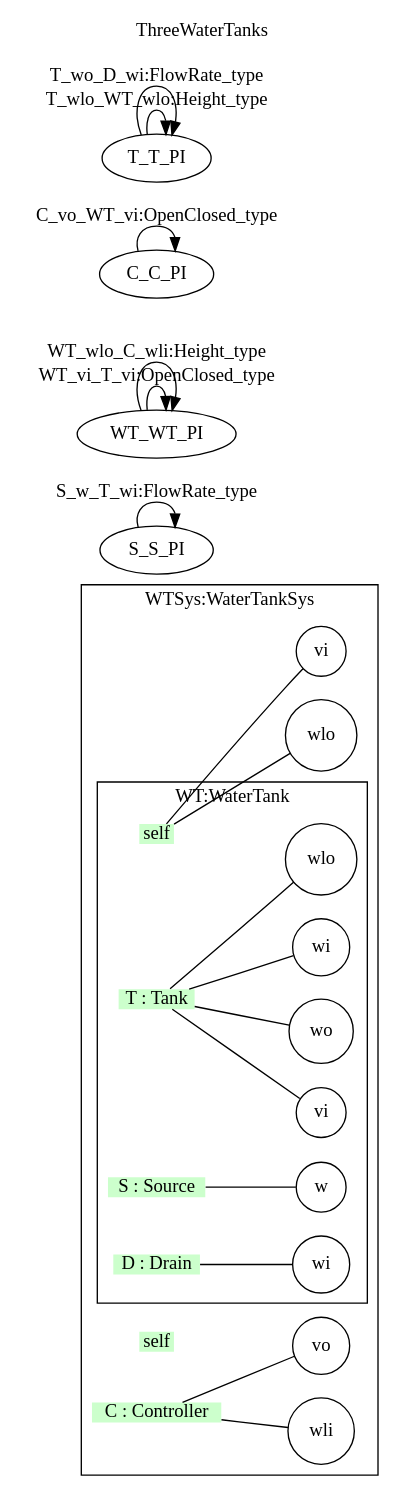
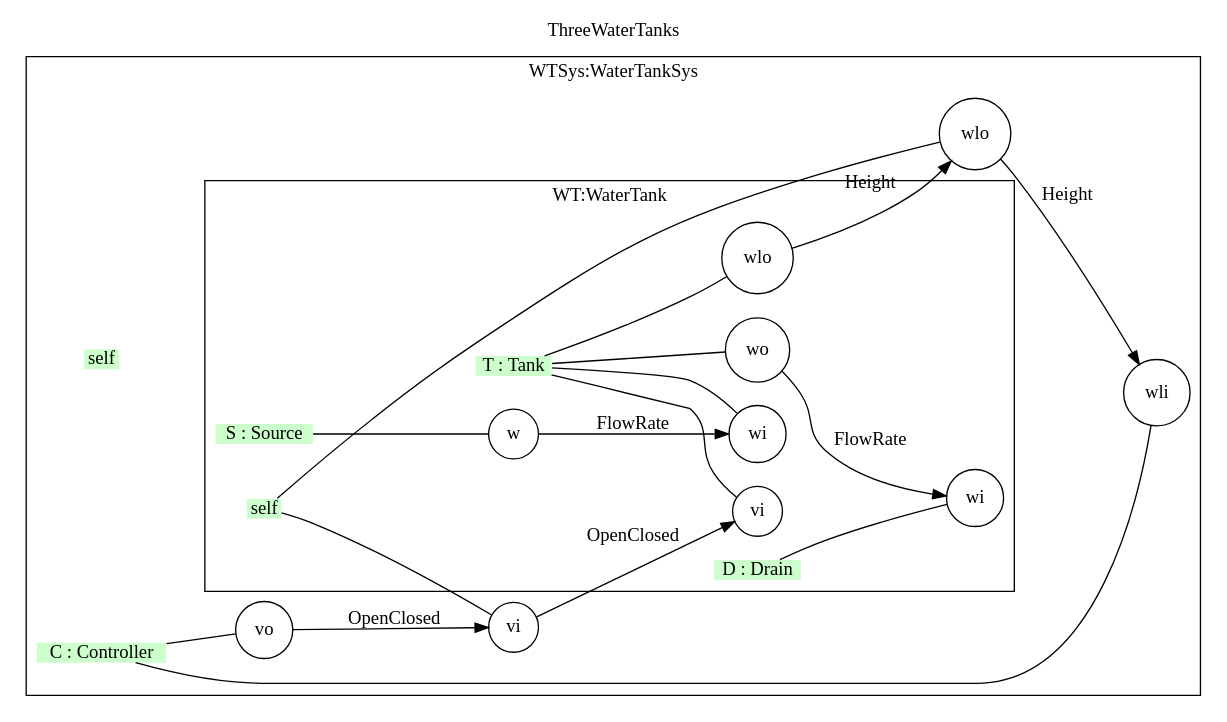
The diagram in Haskell/IntoSysML/Examples/img/ThreeWaterTanks.gv (namalio/Fragmenta), drawn with Graphviz before and after one commit. The commit also changed 33 other files, not shown here.

```diff
--- a/Haskell/IntoSysML/Examples/img/ThreeWaterTanks.gv
+++ b/Haskell/IntoSysML/Examples/img/ThreeWaterTanks.gv
@@ -1,44 +1,44 @@
 digraph {
 compound=true;
 rankdir=LR;
 label=ThreeWaterTanks;
 labelloc=t;
 subgraph WTSys_BlI_ {
 cluster=true;label="WTSys:WaterTankSys";
 WTSys_BlI[shape=plain,fillcolor="#CCFFCC",style = filled,label=self];
 subgraph WT_BlI_ {
 cluster=true;label="WT:WaterTank";
 WT_BlI[shape=plain,fillcolor="#CCFFCC",style = filled,label=self];
 T_BlI[shape=plain,fillcolor="#CCFFCC",style = filled,label="T : Tank"];
 T_vi_PI[shape=circle,label="vi"];
 T_BlI->T_vi_PI[dir=none];
 T_wo_PI[shape=circle,label="wo"];
 T_BlI->T_wo_PI[dir=none];
 T_wi_PI[shape=circle,label="wi"];
 T_BlI->T_wi_PI[dir=none];
 T_wlo_PI[shape=circle,label="wlo"];
 T_BlI->T_wlo_PI[dir=none];
 S_BlI[shape=plain,fillcolor="#CCFFCC",style = filled,label="S : Source"];
 S_w_PI[shape=circle,label="w"];
 S_BlI->S_w_PI[dir=none];
 D_BlI[shape=plain,fillcolor="#CCFFCC",style = filled,label="D : Drain"];
 D_wi_PI[shape=circle,label="wi"];
 D_BlI->D_wi_PI[dir=none];
 }
 WT_wlo_PI[shape=circle,label="wlo"];
 WT_BlI->WT_wlo_PI[dir=none];
 WT_vi_PI[shape=circle,label="vi"];
 WT_BlI->WT_vi_PI[dir=none];
 C_BlI[shape=plain,fillcolor="#CCFFCC",style = filled,label="C : Controller"];
 C_wli_PI[shape=circle,label="wli"];
 C_BlI->C_wli_PI[dir=none];
 C_vo_PI[shape=circle,label="vo"];
 C_BlI->C_vo_PI[dir=none];
 }
-S_S_PI->S_S_PI[label="S_w_T_wi:FlowRate_type"];
-WT_WT_PI->WT_WT_PI[label="WT_vi_T_vi:OpenClosed_type"];
-C_C_PI->C_C_PI[label="C_vo_WT_vi:OpenClosed_type"];
-WT_WT_PI->WT_WT_PI[label="WT_wlo_C_wli:Height_type"];
-T_T_PI->T_T_PI[label="T_wlo_WT_wlo:Height_type"];
-T_T_PI->T_T_PI[label="T_wo_D_wi:FlowRate_type"];
+S_w_PI->T_wi_PI[label="FlowRate"];
+WT_vi_PI->T_vi_PI[label="OpenClosed"];
+C_vo_PI->WT_vi_PI[label="OpenClosed"];
+WT_wlo_PI->C_wli_PI[label="Height"];
+T_wlo_PI->WT_wlo_PI[label="Height"];
+T_wo_PI->D_wi_PI[label="FlowRate"];
 }
```
